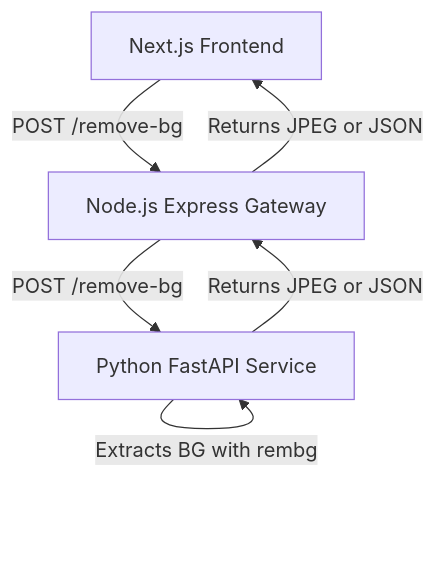
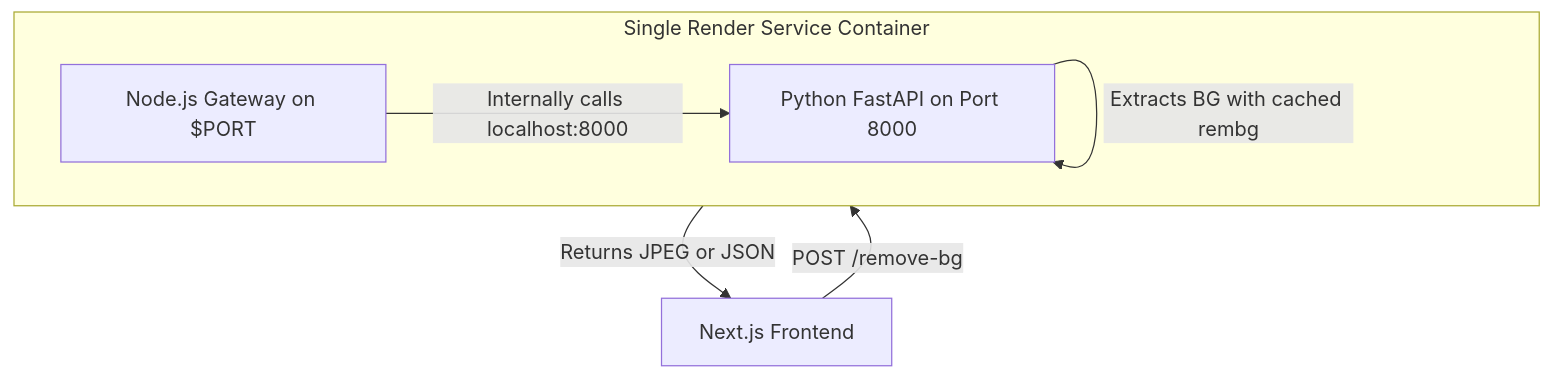
One commit to mausam-madquick/picckie-backend changed the diagram in RENDER_DEPLOYMENT_GUIDE.md. Above: the diagram before and after it, drawn with Mermaid. The commit also changed other lines of this file, not shown here.

Commit message:
Update RENDER_DEPLOYMENT_GUIDE.md with Docker unified deployment details

````diff
--- a/RENDER_DEPLOYMENT_GUIDE.md
+++ b/RENDER_DEPLOYMENT_GUIDE.md
@@ -15,8 +16,9 @@
 ```mermaid
 graph TD
-    Client[Next.js Frontend] -->|POST /remove-bg| Express[Node.js Express Gateway]
-    Express -->|POST /remove-bg| FastAPI[Python FastAPI Service]
-    FastAPI -->|Extracts BG with rembg| FastAPI
-    FastAPI -->|Returns JPEG or JSON| Express
-    Express -->|Returns JPEG or JSON| Client
+    Client[Next.js Frontend] -->|POST /remove-bg| Render[Single Render Service Container]
+    subgraph Render [Single Render Service Container]
+        Express[Node.js Gateway on $PORT] -->|Internally calls localhost:8000| FastAPI[Python FastAPI on Port 8000]
+        FastAPI -->|Extracts BG with cached rembg| FastAPI
+    end
+    Render -->|Returns JPEG or JSON| Client
 ```
````
